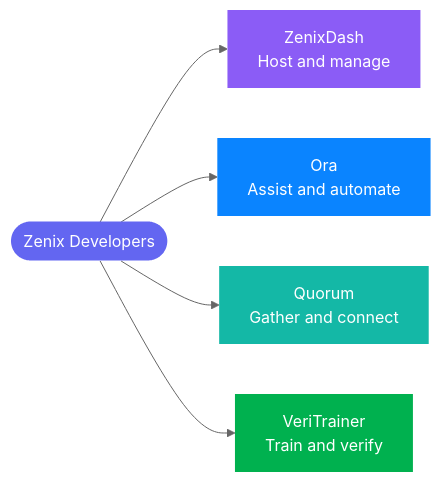
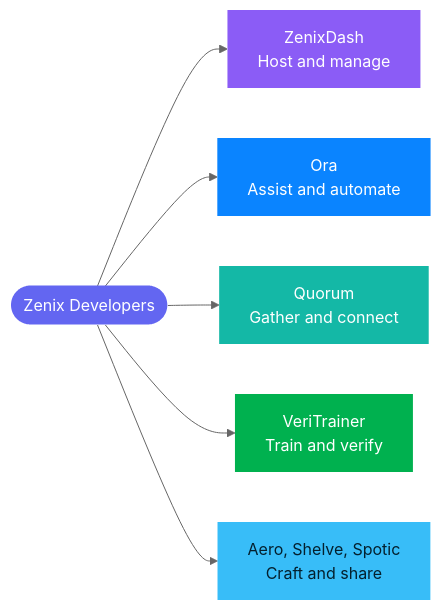
Before and after one commit to Zenix-Developers/.github: the diagram in profile/README.md, drawn with Mermaid (neutral theme). The commit also changed other lines of this file, not shown here.

Commit message:
List Aero Theme, Shelve and Spotic

````diff
--- a/profile/README.md
+++ b/profile/README.md
@@ -20,12 +23,14 @@
 ```mermaid
 flowchart LR
     Z([Zenix Developers]) --> D[ZenixDash<br>Host and manage]
     Z --> O[Ora<br>Assist and automate]
     Z --> Q[Quorum<br>Gather and connect]
     Z --> V[VeriTrainer<br>Train and verify]
+    Z --> X[Aero, Shelve, Spotic<br>Craft and share]
+    style X fill:#38bdf8,color:#04202e,stroke:none
     style Z fill:#6366f1,color:#fff,stroke:none
     style D fill:#8b5cf6,color:#fff,stroke:none
     style O fill:#0a84ff,color:#fff,stroke:none
     style Q fill:#14b8a6,color:#fff,stroke:none
     style V fill:#00b14f,color:#fff,stroke:none
 ```
````
